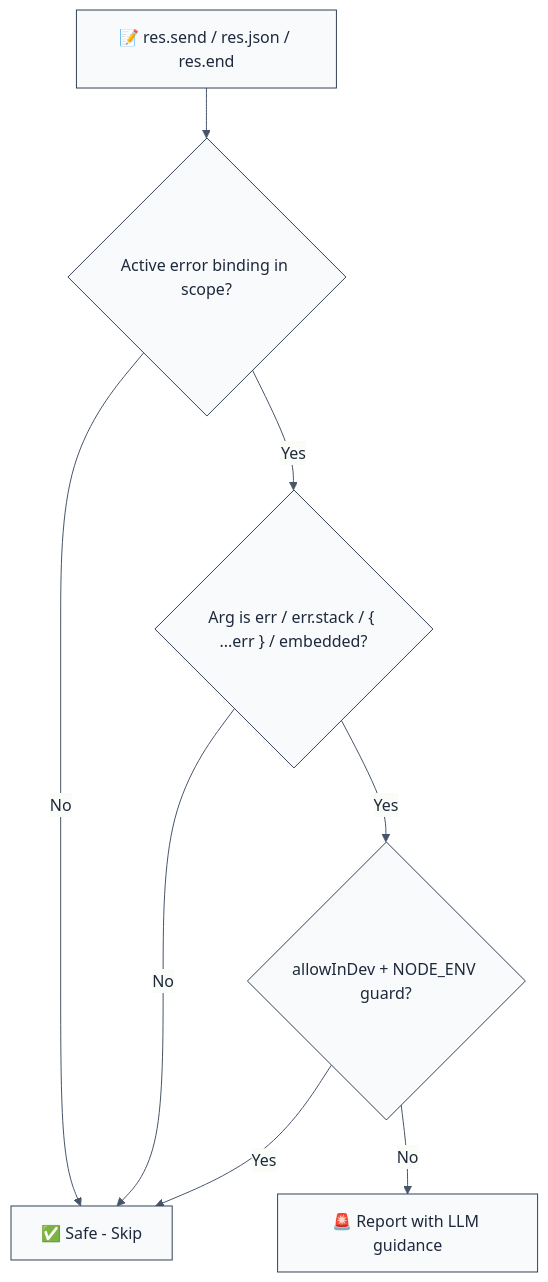
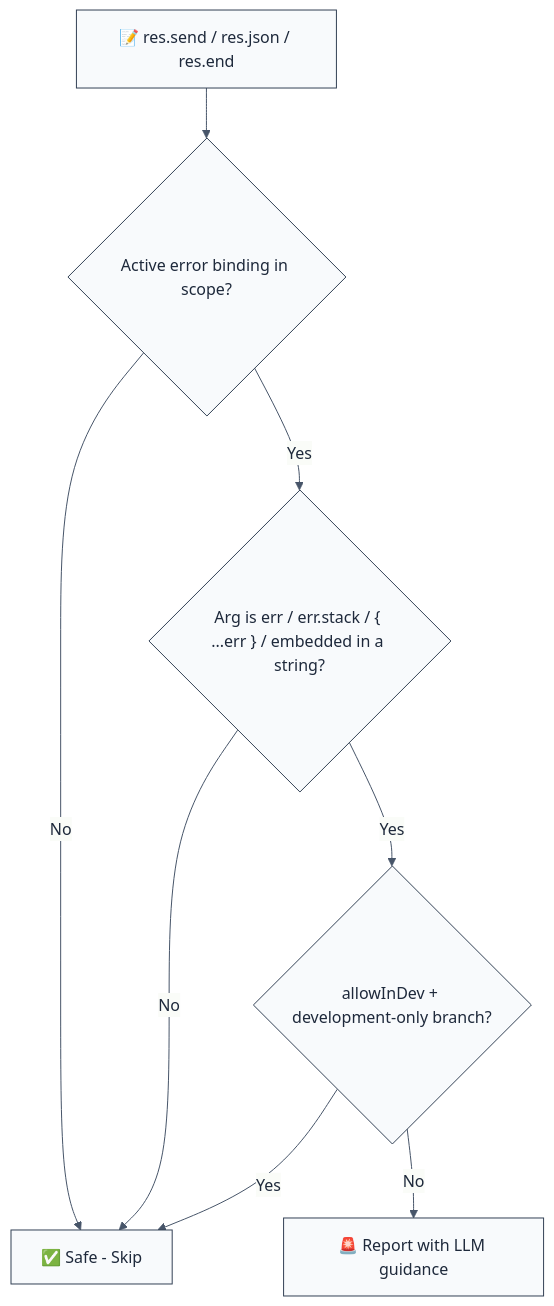
The diagram in apps/docs/content/docs/security/plugin-express-security/rules/no-error-details-in-response.mdx (ofri-peretz/eslint), drawn with Mermaid before and after one commit. The commit also changed other lines of this file and 118 other files, not shown here.

````diff
--- a/apps/docs/content/docs/security/plugin-express-security/rules/no-error-details-in-response.mdx
+++ b/apps/docs/content/docs/security/plugin-express-security/rules/no-error-details-in-response.mdx
@@ -50,20 +50,20 @@
 ```mermaid
 %%{init: {
   'theme': 'base',
   'themeVariables': {
     'primaryColor': '#f8fafc',
     'primaryTextColor': '#1e293b',
     'primaryBorderColor': '#334155',
     'lineColor': '#475569'
   }
 }}%%
 flowchart TD
     A["📝 res.send / res.json / res.end"] --> B{"Active error binding in scope?"}
     B -->|No| C["✅ Safe - Skip"]
-    B -->|Yes| D{"Arg is err / err.stack / { ...err } / embedded?"}
+    B -->|Yes| D{"Arg is err / err.stack / { ...err } / embedded in a string?"}
     D -->|No| C
-    D -->|Yes| E{"allowInDev + NODE_ENV guard?"}
+    D -->|Yes| E{"allowInDev + development-only branch?"}
     E -->|Yes| C
     E -->|No| F["🚨 Report with LLM guidance"]
 
 ```
````
